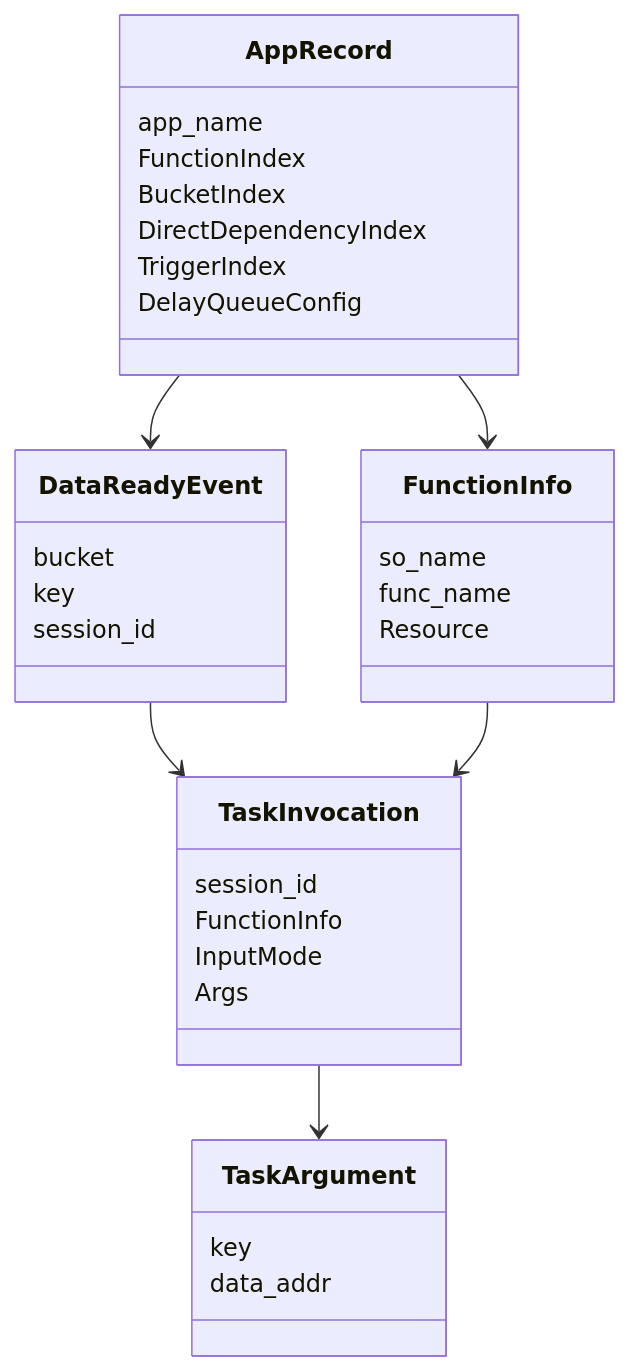
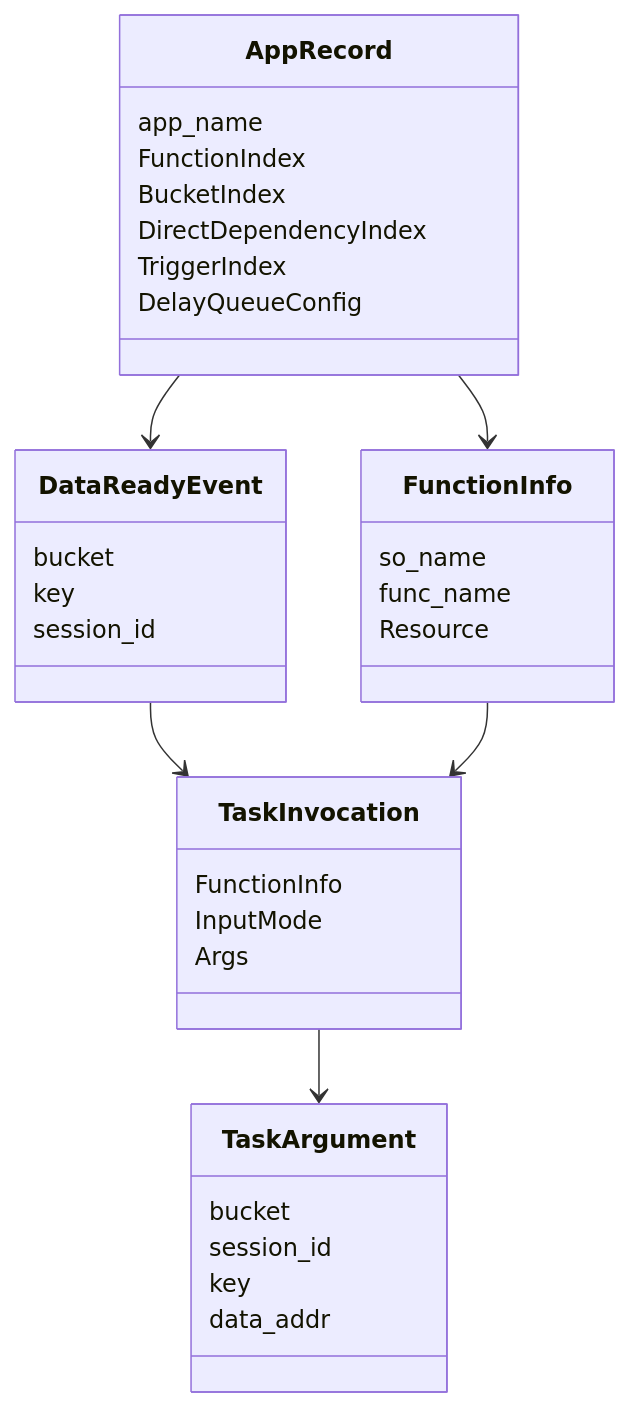
The seventh of 7 diagrams in docs/DESIGN.md (10wvw01/Pheromone-mini), drawn with Mermaid before and after one commit. The commit also changed other lines of this file and 7 other files, not shown here.

```diff
--- a/docs/DESIGN.md
+++ b/docs/DESIGN.md
@@ -2625,36 +2629,37 @@
 ~~~mermaid
 classDiagram
     class AppRecord {
       app_name
       FunctionIndex
       BucketIndex
       DirectDependencyIndex
       TriggerIndex
       DelayQueueConfig
     }
     class FunctionInfo {
       so_name
       func_name
       Resource
     }
     class DataReadyEvent {
       bucket
       key
       session_id
     }
     class TaskArgument {
+      bucket
+      session_id
       key
       data_addr
     }
     class TaskInvocation {
-      session_id
       FunctionInfo
       InputMode
       Args
     }
     AppRecord --> FunctionInfo
     AppRecord --> DataReadyEvent
     DataReadyEvent --> TaskInvocation
     FunctionInfo --> TaskInvocation
     TaskInvocation --> TaskArgument
 ~~~
```
